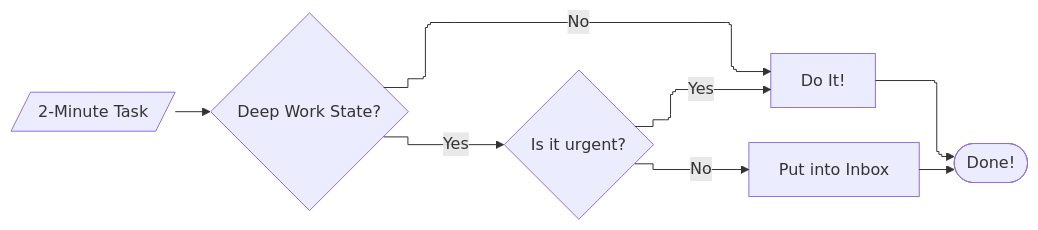
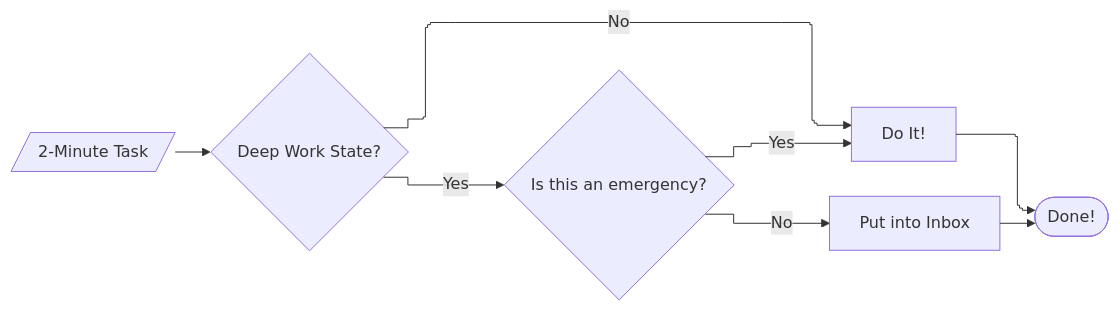
Before and after one commit to ZoltonMD/eng-os: the diagram in methodology/what-everyone-knows/drafts/1.04-two-minutes-rule-gtd.md, drawn with Mermaid. The commit also changed other lines of this file and 1 other file, not shown here.

````diff
--- a/methodology/what-everyone-knows/drafts/1.04-two-minutes-rule-gtd.md
+++ b/methodology/what-everyone-knows/drafts/1.04-two-minutes-rule-gtd.md
@@ -45,17 +59,17 @@
 ```mermaid
 ---
 name: 2-Minute Rule In Action
 config:
     flowchart:
         curve:  stepAfter
         defaultRenderer: "elk"
 ---
 flowchart LR
     A[/2-Minute Task/]
     A --> C{"Deep Work" State?}
-    C -->|Yes| D{Is it urgent?}
+    C -->|Yes| D{Is this an emergency?}
     C -->|No| E[Do It!]
     D --> |Yes|E
     D --> |No|F[Put into Inbox]
     E & F --> G([Done!])
 ```
````
